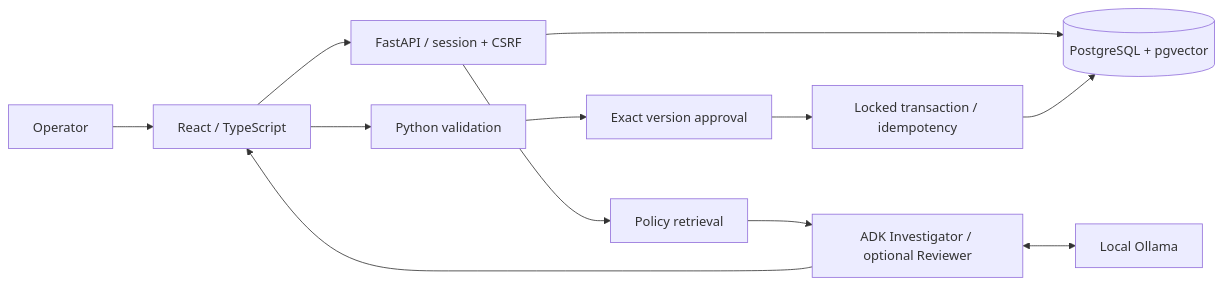
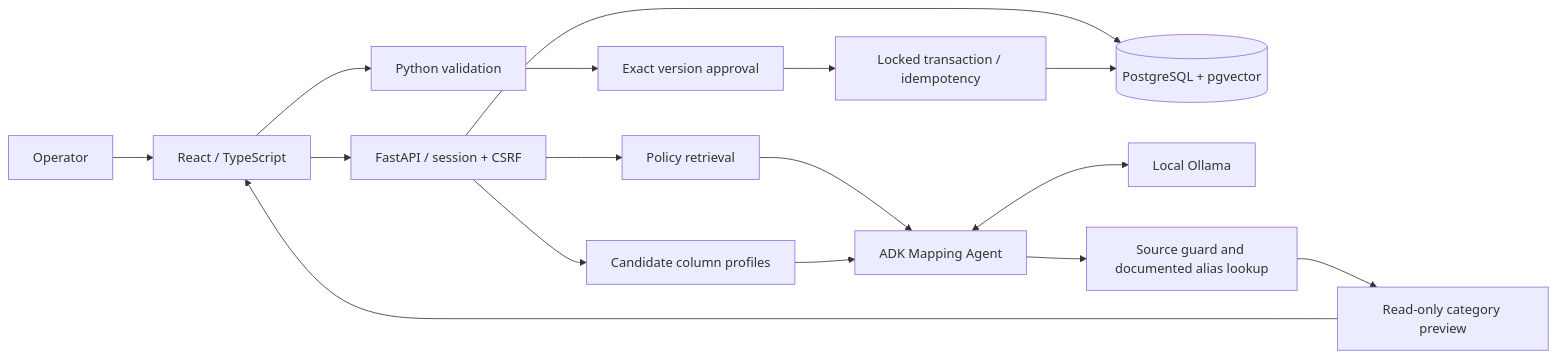
One commit to kaushik945/DataBridge changed the diagram in docs/architecture.md. Above: the diagram before and after it, drawn with Mermaid. The commit also changed other lines of this file and 36 other files, not shown here.

First line of the commit message:
feat(mapping): profile CSV columns before tier selection

```diff
--- a/docs/architecture.md
+++ b/docs/architecture.md
@@ -5,14 +5,18 @@
 ~~~mermaid
 flowchart LR
     Human[Operator] --> UI[React / TypeScript]
     UI --> API[FastAPI / session + CSRF]
     API --> PG[(PostgreSQL + pgvector)]
     API --> Retrieval[Policy retrieval]
-    Retrieval --> AI[ADK Investigator / optional Reviewer]
+    Retrieval --> AI[ADK Mapping Agent]
     AI <--> Ollama[Local Ollama]
-    AI --> UI
+    API --> Profile[Candidate column profiles]
+    Profile --> AI
+    AI --> Lookup[Source guard and documented alias lookup]
+    Lookup --> Preview[Read-only category preview]
+    Preview --> UI
     UI --> Rules[Python validation]
     Rules --> Approval[Exact version approval]
     Approval --> Import[Locked transaction / idempotency]
     Import --> PG
 ~~~
```
